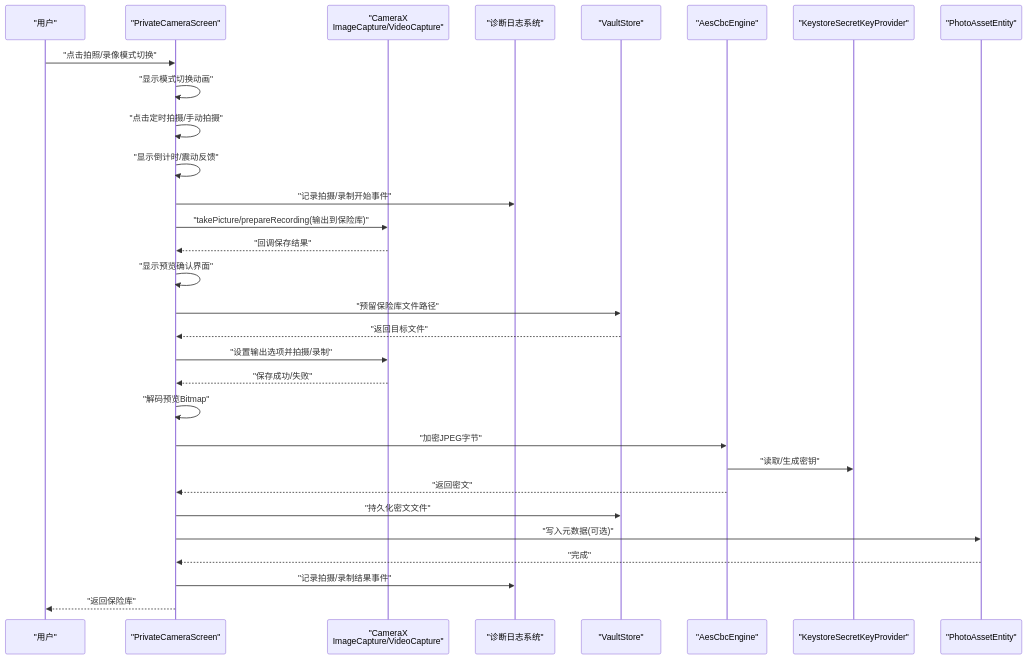
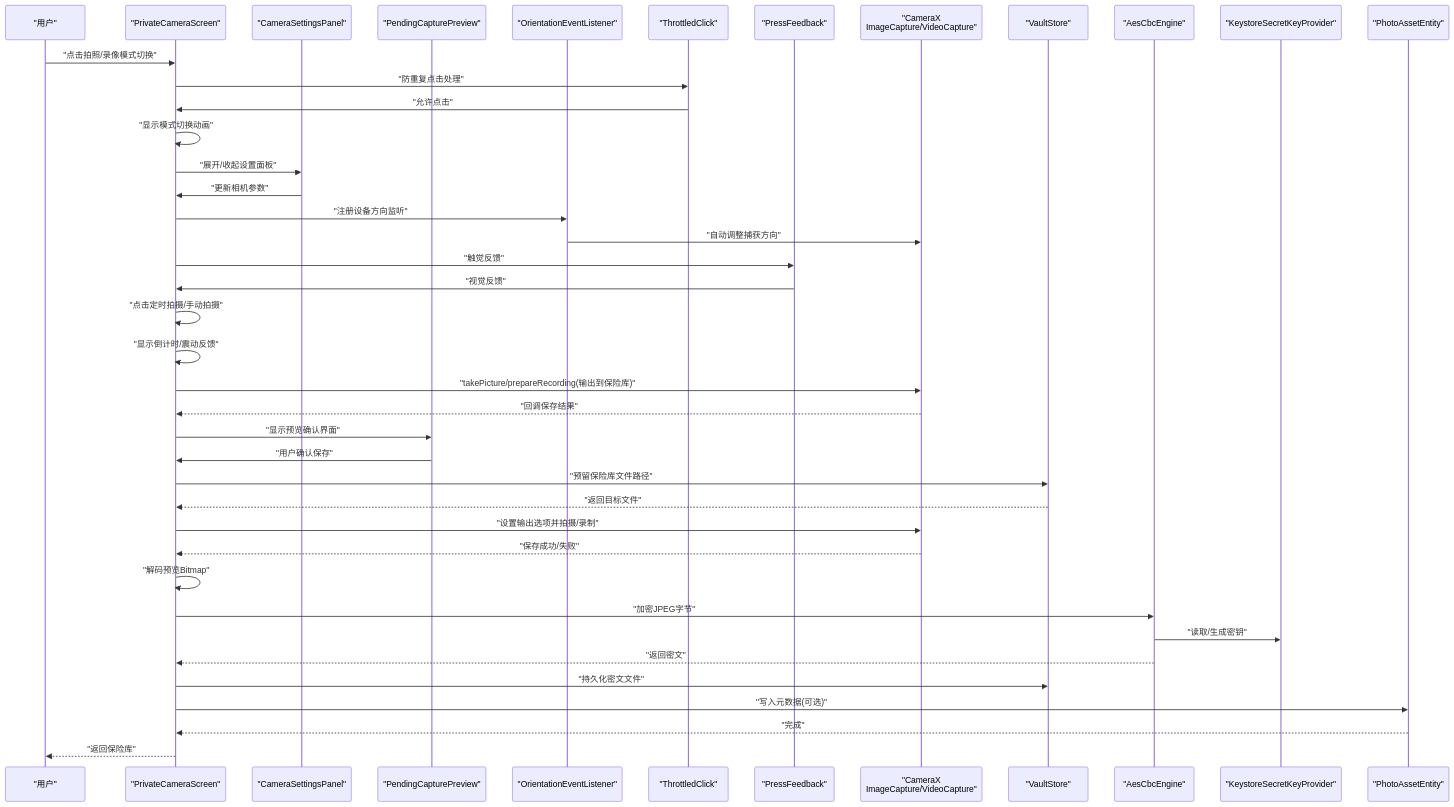
One commit to wanhongbo/ai-photo-vault changed the second of 19 diagrams in .qoder/repowiki/zh/content/项目概述/核心功能特性/私密拍照功能.md. Above: the diagram before and after it, drawn with Mermaid. The commit also changed other lines of this file and 6 other files, not shown here.

````diff
--- a/.qoder/repowiki/zh/content/项目概述/核心功能特性/私密拍照功能.md
+++ b/.qoder/repowiki/zh/content/项目概述/核心功能特性/私密拍照功能.md
@@ -152,32 +185,43 @@
 ```mermaid
 sequenceDiagram
 participant U as "用户"
 participant UI as "PrivateCameraScreen"
+participant SP as "CameraSettingsPanel"
+participant PCP as "PendingCapturePreview"
+participant OR as "OrientationEventListener"
+participant TF as "ThrottledClick"
+participant PF as "PressFeedback"
 participant CAM as "CameraX<br/>ImageCapture/VideoCapture"
-participant DIAG as "诊断日志系统"
 participant VS as "VaultStore"
 participant ENC as "AesCbcEngine"
 participant KEY as "KeystoreSecretKeyProvider"
 participant DB as "PhotoAssetEntity"
 U->>UI : "点击拍照/录像模式切换"
+UI->>TF : "防重复点击处理"
+TF->>UI : "允许点击"
 UI->>UI : "显示模式切换动画"
+UI->>SP : "展开/收起设置面板"
+SP->>UI : "更新相机参数"
+UI->>OR : "注册设备方向监听"
+OR->>CAM : "自动调整捕获方向"
+UI->>PF : "触觉反馈"
+PF->>UI : "视觉反馈"
 UI->>UI : "点击定时拍摄/手动拍摄"
 UI->>UI : "显示倒计时/震动反馈"
-UI->>DIAG : "记录拍摄/录制开始事件"
 UI->>CAM : "takePicture/prepareRecording(输出到保险库)"
 CAM-->>UI : "回调保存结果"
-UI->>UI : "显示预览确认界面"
+UI->>PCP : "显示预览确认界面"
+PCP->>UI : "用户确认保存"
 UI->>VS : "预留保险库文件路径"
 VS-->>UI : "返回目标文件"
 UI->>CAM : "设置输出选项并拍摄/录制"
 CAM-->>UI : "保存成功/失败"
 UI->>UI : "解码预览Bitmap"
 UI->>ENC : "加密JPEG字节"
 ENC->>KEY : "读取/生成密钥"
 ENC-->>UI : "返回密文"
 UI->>VS : "持久化密文文件"
 UI->>DB : "写入元数据(可选)"
 DB-->>UI : "完成"
-UI->>DIAG : "记录拍摄/录制结果事件"
 UI-->>U : "返回保险库"
 ```
````
